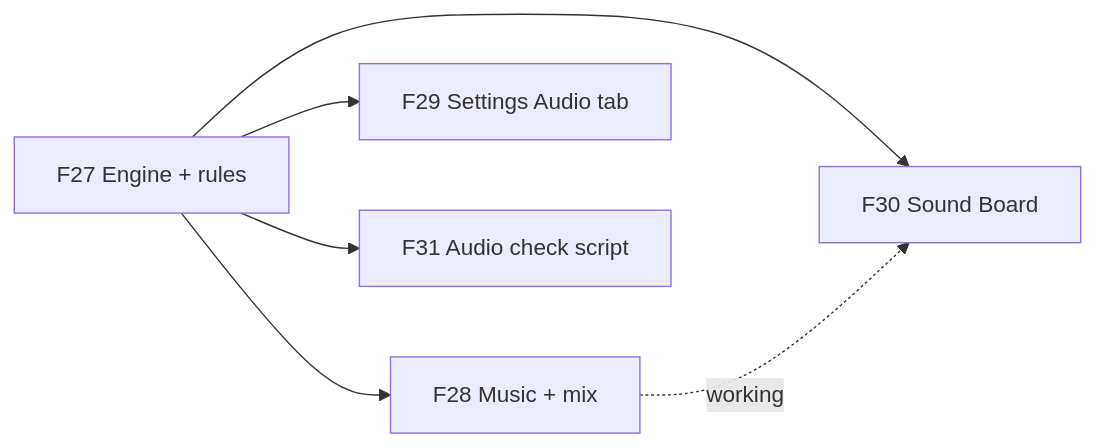
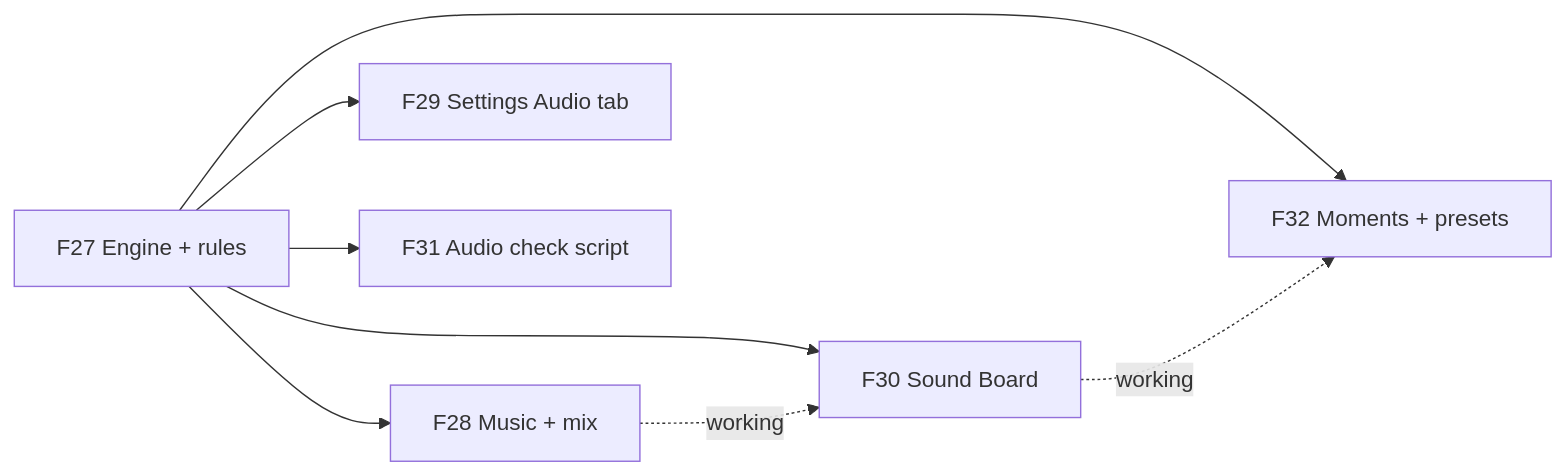
One commit to TheBlueMuzzy/framework changed the fifth of 5 diagrams in .planning/ROADMAP.md. Above: the diagram before and after it, drawn with Mermaid. The commit also changed other lines of this file, not shown here.

Commit message:
Roadmap: F32 Dev Kit Moments + feel presets (Muzzy)

````diff
--- a/.planning/ROADMAP.md
+++ b/.planning/ROADMAP.md
@@ -104,8 +106,10 @@
 ```mermaid
 flowchart LR
   F27[F27 Engine + rules] --> F28[F28 Music + mix]
   F27 --> F29[F29 Settings Audio tab]
   F27 --> F30[F30 Sound Board]
   F28 -.working.-> F30
   F27 --> F31[F31 Audio check script]
+  F27 --> F32[F32 Moments + presets]
+  F30 -.working.-> F32
 ```
````
